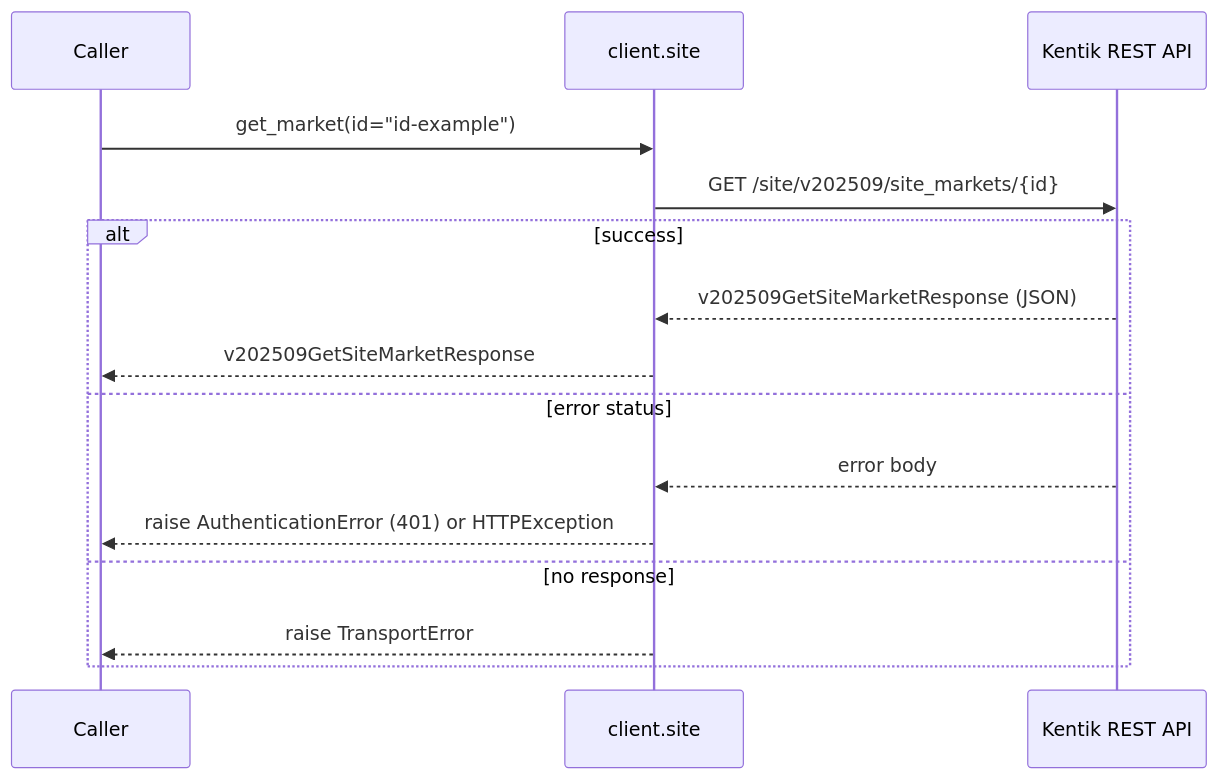
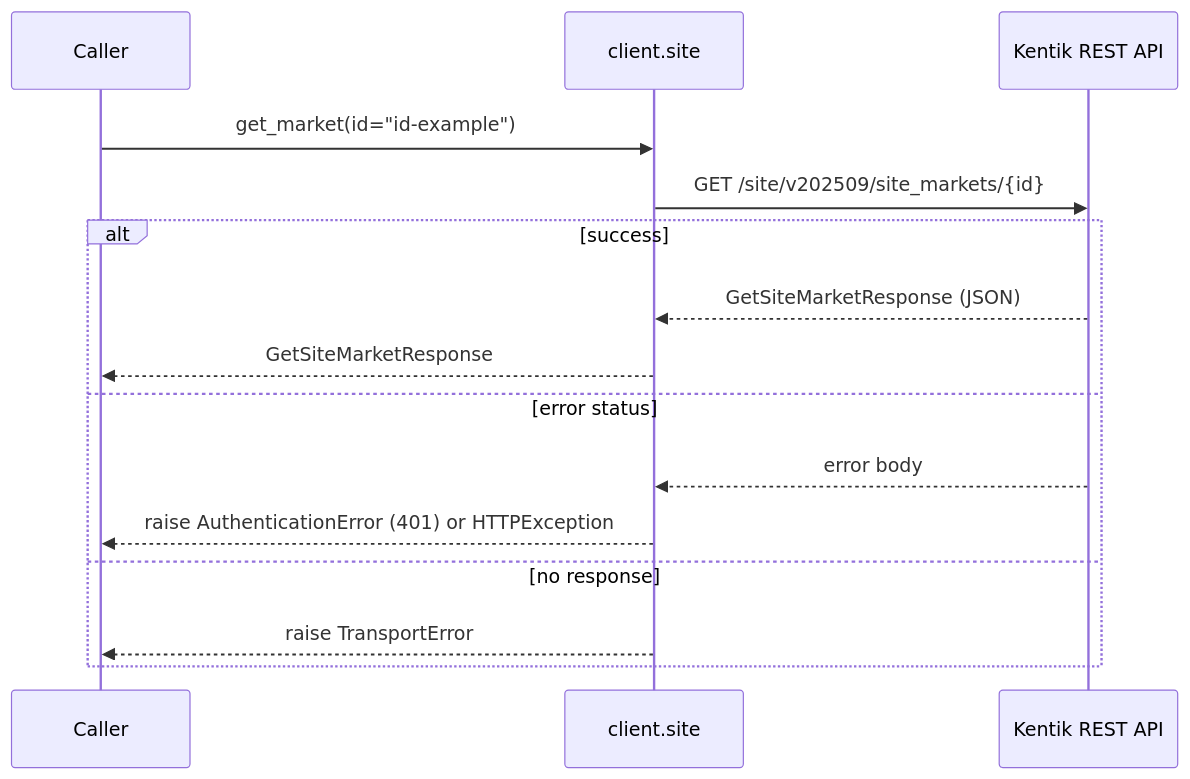
The sixth of 22 diagrams in docs/sphinx/services/site.md (alexdearaujo/community_sdk_python), drawn with Mermaid before and after one commit. The commit also changed other lines of this file and 38 other files, not shown here.

````diff
--- a/docs/sphinx/services/site.md
+++ b/docs/sphinx/services/site.md
@@ -182,18 +182,18 @@
 ```mermaid
 sequenceDiagram
     participant C as Caller
     participant W as client.site
     participant API as Kentik REST API
 
     C->>W: get_market(id="id-example")
     W->>API: GET /site/v202509/site_markets/{id}
     alt success
-        API-->>W: v202509GetSiteMarketResponse (JSON)
-        W-->>C: v202509GetSiteMarketResponse
+        API-->>W: GetSiteMarketResponse (JSON)
+        W-->>C: GetSiteMarketResponse
     else error status
         API-->>W: error body
         W-->>C: raise AuthenticationError (401) or HTTPException
     else no response
         W-->>C: raise TransportError
     end
 ```
````
